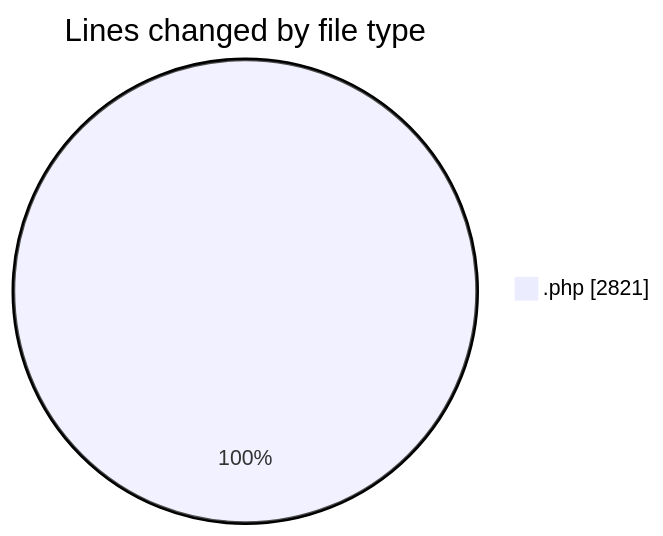
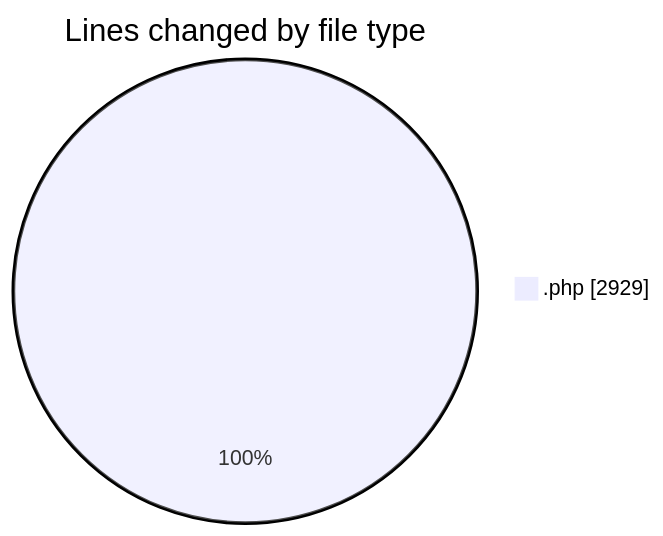
The first of 2 diagrams in 2026-09-09/fz3temp-2/README.md (LanceThiago/code-tracking), drawn with Mermaid before and after one commit. The commit also changed other lines of this file and 1 other file, not shown here.

````diff
--- a/2026-09-09/fz3temp-2/README.md
+++ b/2026-09-09/fz3temp-2/README.md
@@ -32,5 +34,5 @@
 ```mermaid
 pie showData
 title Lines changed by file type
-".php" : 2821
+".php" : 2929
 ```
````
